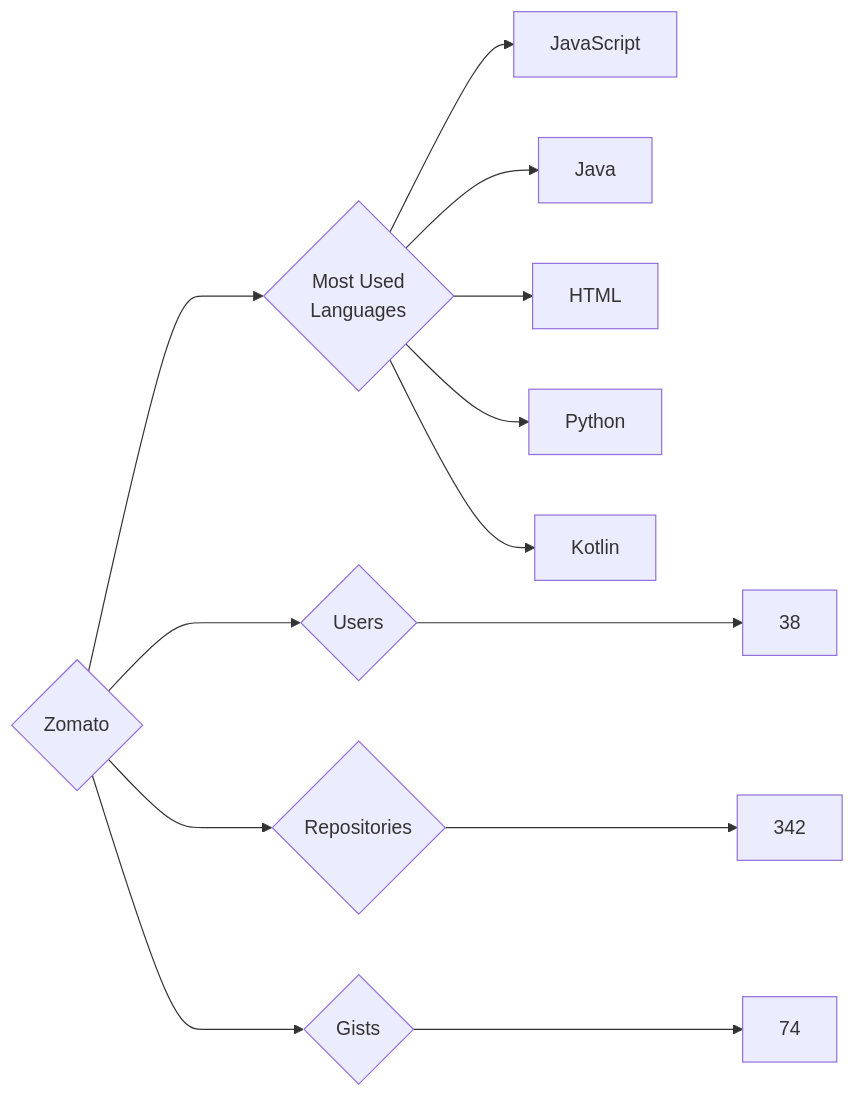
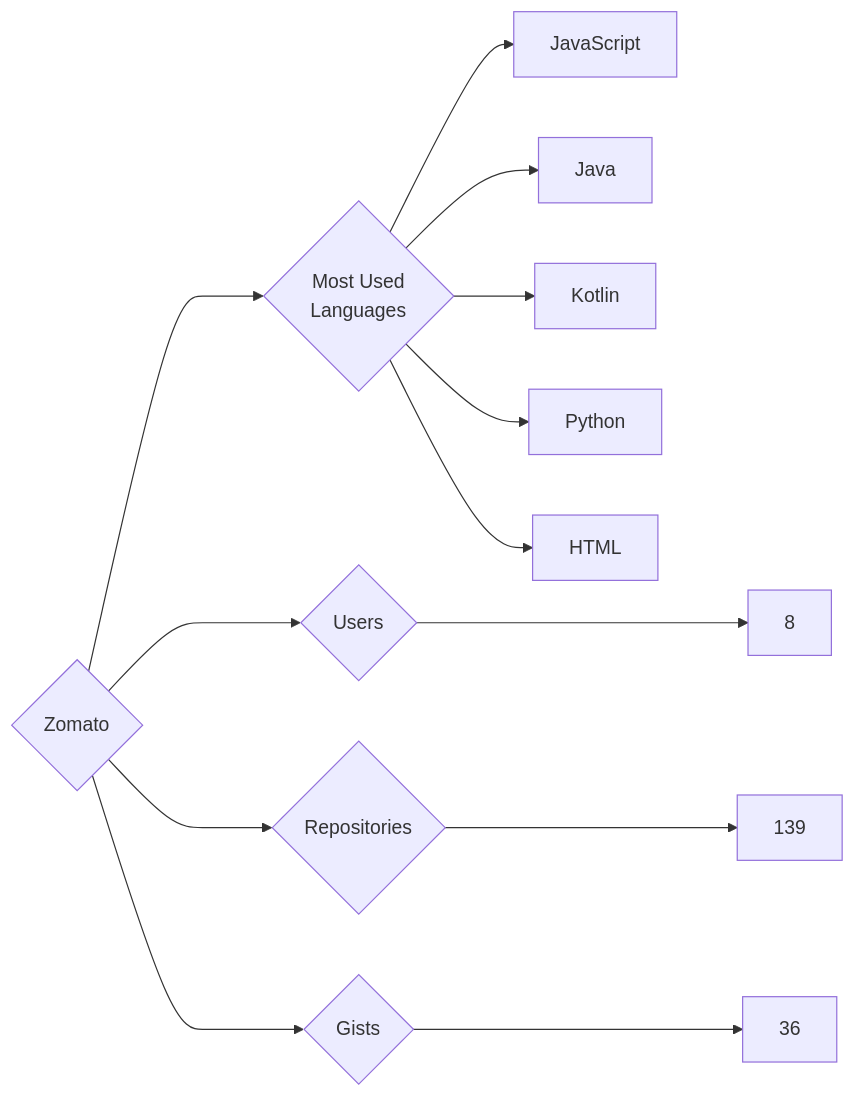
Before and after one commit to trickest/insiders: the diagram in targets/Zomato/README.md, drawn with Mermaid. The commit also changed 877 other files, not shown here.

````diff
--- a/targets/Zomato/README.md
+++ b/targets/Zomato/README.md
@@ -3,13 +3,13 @@
 ```mermaid
 graph LR
 COMPANY_NAME{Zomato}
-COMPANY_NAME ---> U{Users} ---> UN[38]
-COMPANY_NAME ---> R{Repositories} ---> RN[342]
-COMPANY_NAME ---> G{Gists} ---> GN[74]
+COMPANY_NAME ---> U{Users} ---> UN[8]
+COMPANY_NAME ---> R{Repositories} ---> RN[139]
+COMPANY_NAME ---> G{Gists} ---> GN[36]
 COMPANY_NAME ---> ML{Most Used<br>Languages}
 ML --> JavaScript[JavaScript]
 ML --> Java[Java]
+ML --> Kotlin[Kotlin]
+ML --> Python[Python]
 ML --> HTML[HTML]
-ML --> Python[Python]
-ML --> Kotlin[Kotlin]
 ```
````
